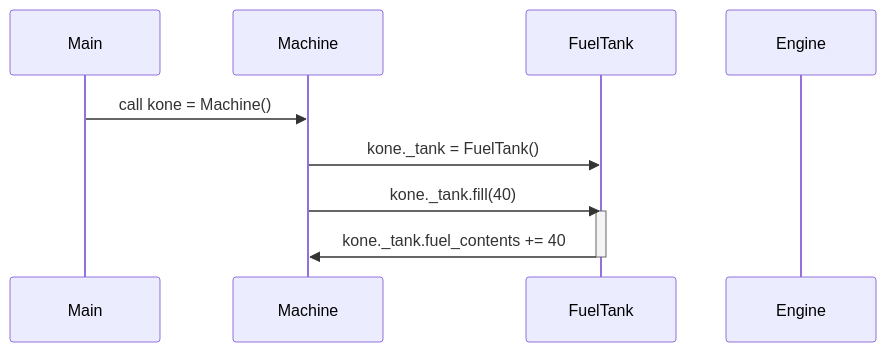
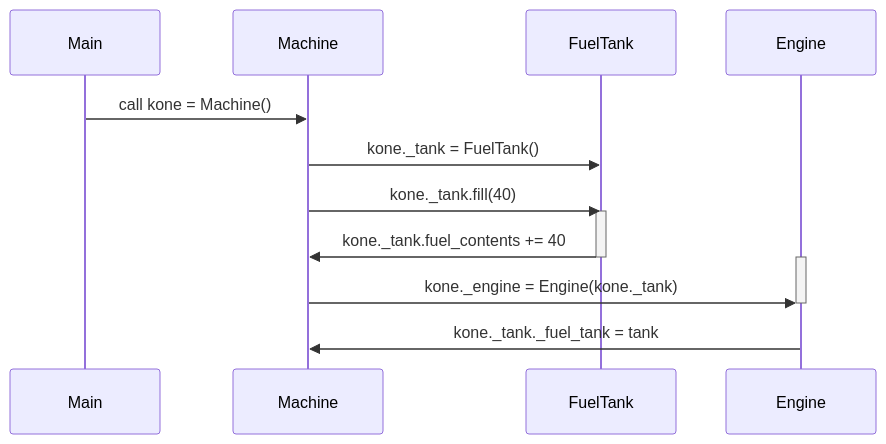
Before and after one commit to EeroAnt/ot-harjoitusty-: the diagram in laskarit/viikko3/sekvenssikaavio.md, drawn with Mermaid.

Commit message:
sekvenssikaavio v0.15

````diff
--- a/laskarit/viikko3/sekvenssikaavio.md
+++ b/laskarit/viikko3/sekvenssikaavio.md
@@ -1,13 +1,18 @@
 ```mermaid
 sequenceDiagram
   participant Main
   participant Machine
   participant FuelTank
   participant Engine
   Main->>Machine: call kone = Machine()
   Machine->>FuelTank: kone._tank = FuelTank()
   Machine->>FuelTank: kone._tank.fill(40)
   activate FuelTank
   FuelTank->>Machine: kone._tank.fuel_contents += 40  
   deactivate FuelTank
+  activate Engine
+  Machine->>Engine: kone._engine = Engine(kone._tank)
+  deactivate Engine
+  Engine->>Machine: kone._tank._fuel_tank = tank
+  
 ```
````
